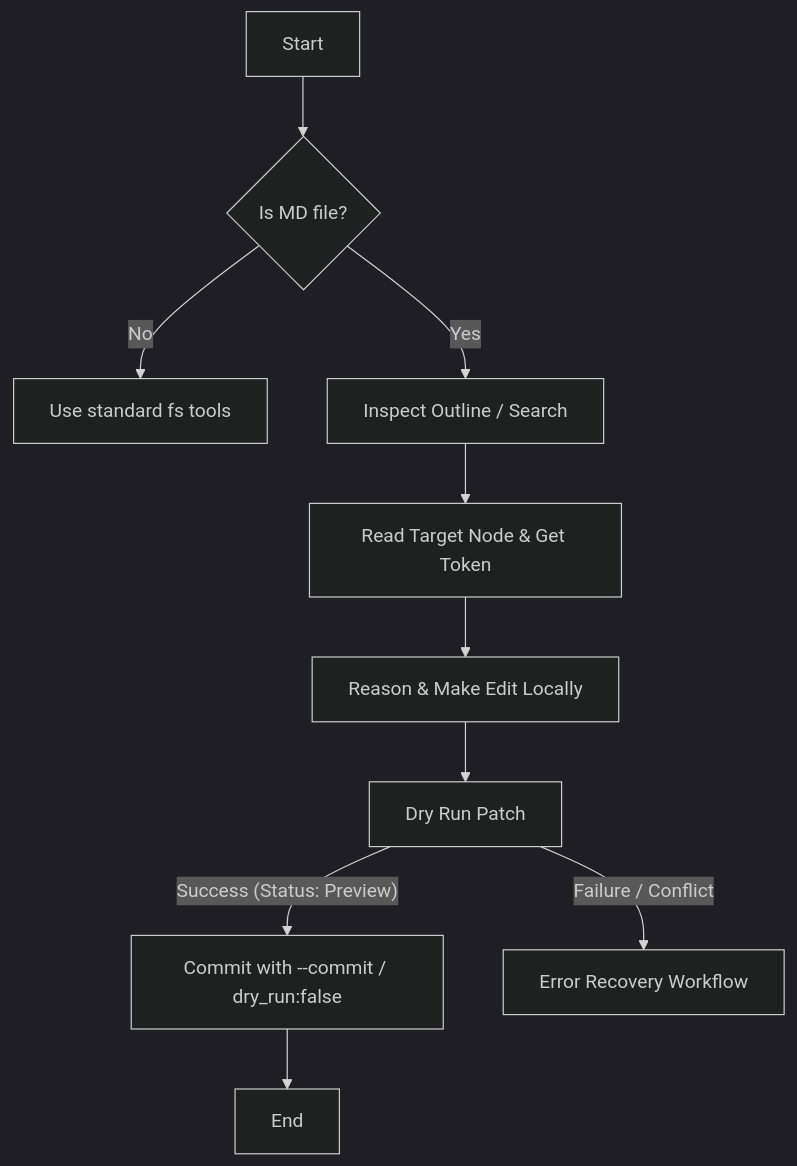
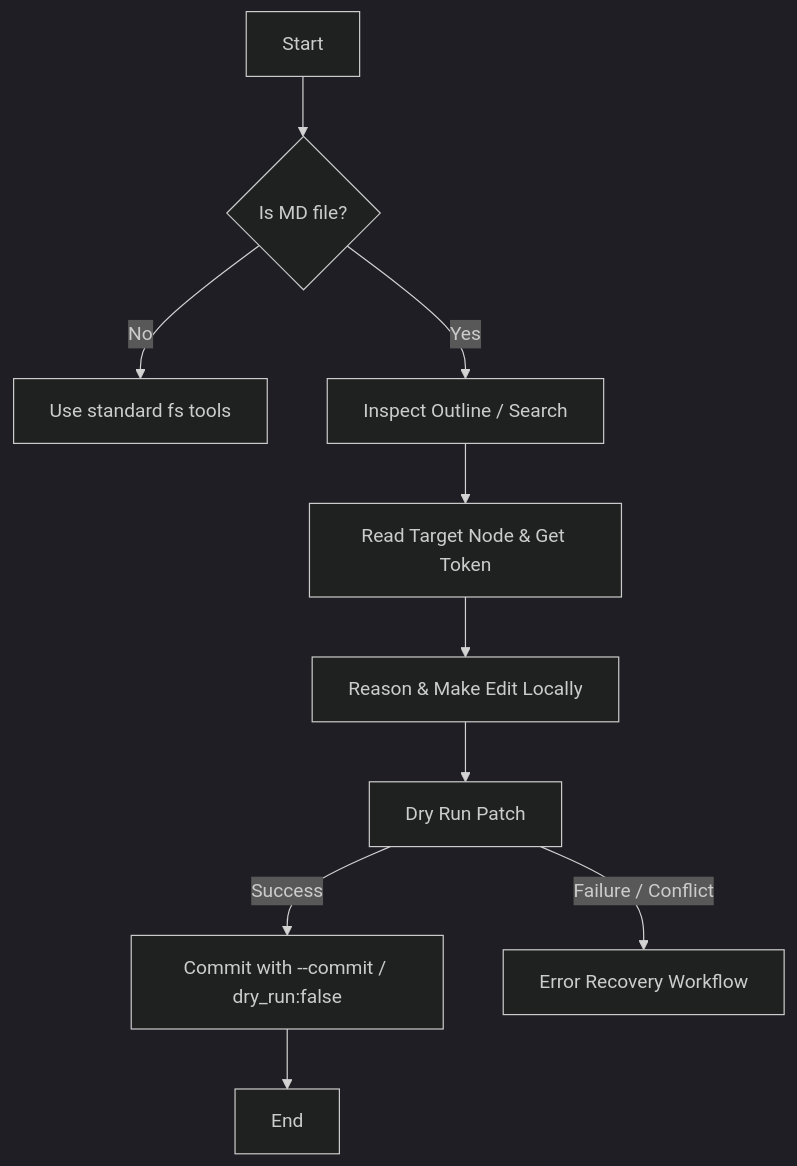
The second of 2 diagrams in packages/cli/templates/references/workflow.md (Igloo302/md-safeedit), drawn with Mermaid (dark theme) before and after one commit. The commit also changed other lines of this file and 21 other files, not shown here.

````diff
--- a/packages/cli/templates/references/workflow.md
+++ b/packages/cli/templates/references/workflow.md
@@ -9,12 +44,12 @@
 ```mermaid
 graph TD
     A[Start] --> B{Is MD file?};
     B -- No --> C[Use standard fs tools];
     B -- Yes --> D[Inspect Outline / Search];
     D --> E[Read Target Node & Get Token];
     E --> F[Reason & Make Edit Locally];
-    G -- Success (Status: Preview) --> H[Commit with --commit / dry_run:false];
-    H --> I[End];
-    G -- Failure / Conflict --> J[Error Recovery Workflow];
     F --> G[Dry Run Patch];
+    G -- Success --> H[Commit with --commit / dry_run:false];
+    G -- Failure / Conflict --> I[Error Recovery Workflow];
+    H --> J[End];
 ```
````
